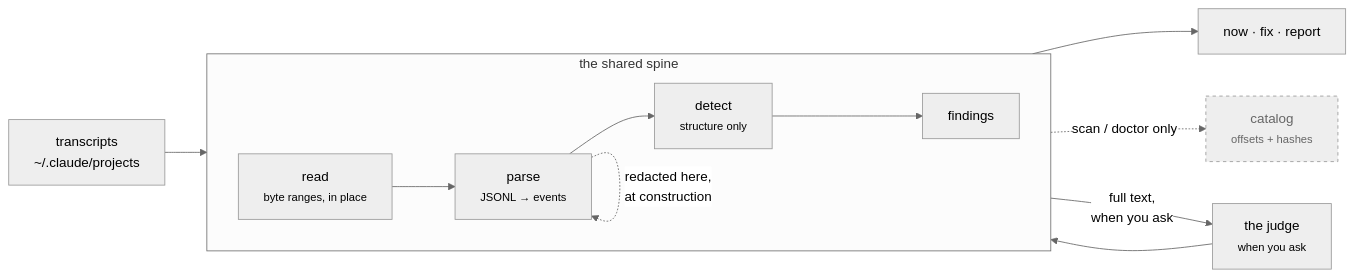
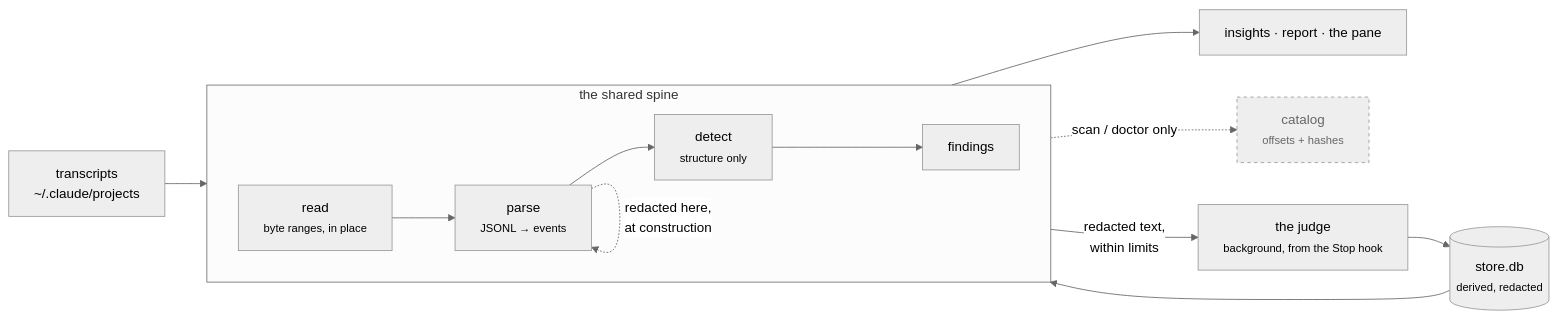
One commit to vibesenpai/vibesenpai changed the diagram in site/src/diagrams/pipeline.mmd. Above: the diagram before and after it, drawn with Mermaid (neutral theme). The commit also changed 72 other files, not shown here.

```diff
--- a/site/src/diagrams/pipeline.mmd
+++ b/site/src/diagrams/pipeline.mmd
@@ -1,25 +1,26 @@
 flowchart LR
   T["transcripts<br/>~/.claude/projects"]
 
   subgraph spine["the shared spine"]
     direction LR
     R["read<br/><small>byte ranges, in place</small>"]
     P["parse<br/><small>JSONL → events</small>"]
     D["detect<br/><small>structure only</small>"]
     F["findings"]
   end
 
   T --> R --> P --> D --> F
-  F --> OUT["now · fix · report"]
+  F --> OUT["insights · report · the pane"]
 
   P -. "redacted here,<br/>at construction" .-> P
 
   C["catalog<br/><small>offsets + hashes</small>"]
   R -. "scan / doctor only" .-> C
 
-  J["the judge<br/><small>when you ask</small>"]
-  P -- "full text,<br/>when you ask" --> J
-  J --> F
+  J["the judge<br/><small>background, from the Stop hook</small>"]
+  P -- "redacted text,<br/>within limits" --> J
+  S[("store.db<br/><small>derived, redacted</small>")]
+  J --> S --> F
 
   classDef side stroke-dasharray:4 4,color:#666
   class C side
```
